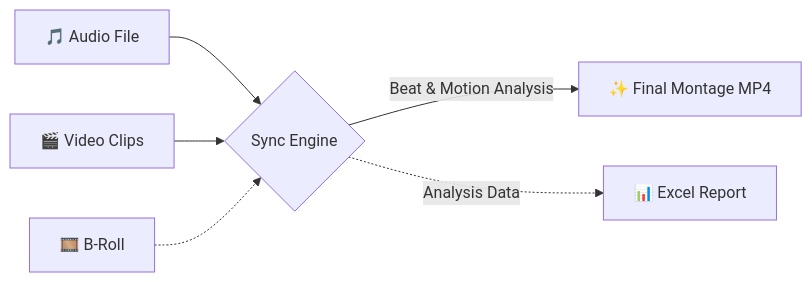
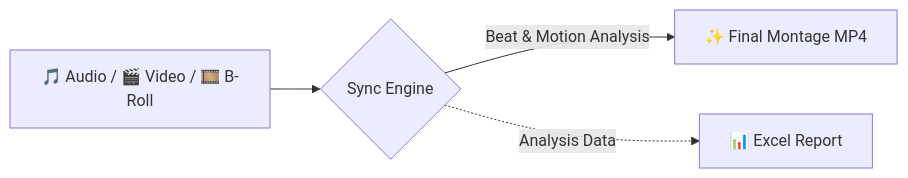
Before and after one commit to julesjewels-ai/bachata-beat-story-sync: the first of 5 diagrams in docs/user-guide.md, drawn with Mermaid. The commit also changed other lines of this file and 8 other files, not shown here.

Commit message:
docs: Update documentation with new banner images and simplify several mermaid flowcharts.

````diff
--- a/docs/user-guide.md
+++ b/docs/user-guide.md
@@ -11,8 +13,6 @@
 ```mermaid
 flowchart LR
-    A[🎵 Audio File] --> C{Sync Engine}
-    B[🎬 Video Clips] --> C
-    D[🎞️ B-Roll] -.-> C
+    In[🎵 Audio / 🎬 Video / 🎞️ B-Roll] --> C{Sync Engine}
     C -->|Beat & Motion Analysis| E[✨ Final Montage MP4]
     C -.->|Analysis Data| F[📊 Excel Report]
 ```
````
